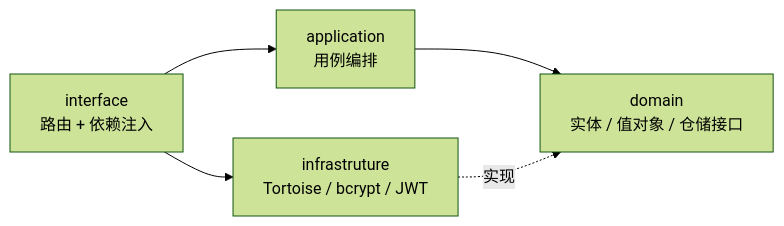
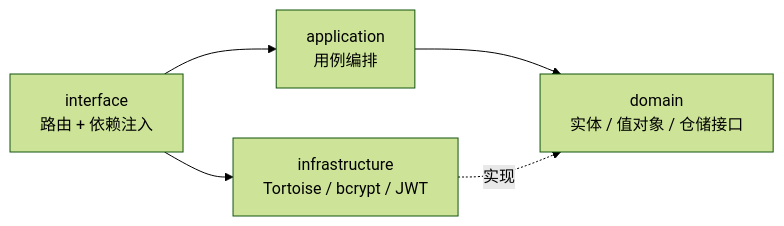
One commit to enjie368/TaskFlow changed the diagram in README.md. Above: the diagram before and after it, drawn with Mermaid (forest theme). The commit also changed other lines of this file and 8 other files, not shown here.

Commit message:
refactor: 修正 infrastruture 目录拼写为 infrastructure

````diff
--- a/README.md
+++ b/README.md
@@ -28,7 +28,7 @@
 ```mermaid
 flowchart LR
     A[interface<br/>路由 + 依赖注入] --> B[application<br/>用例编排]
     B --> C[domain<br/>实体 / 值对象 / 仓储接口]
-    D[infrastruture<br/>Tortoise / bcrypt / JWT] -.实现.-> C
+    D[infrastructure<br/>Tortoise / bcrypt / JWT] -.实现.-> C
     A --> D
 ```
````
